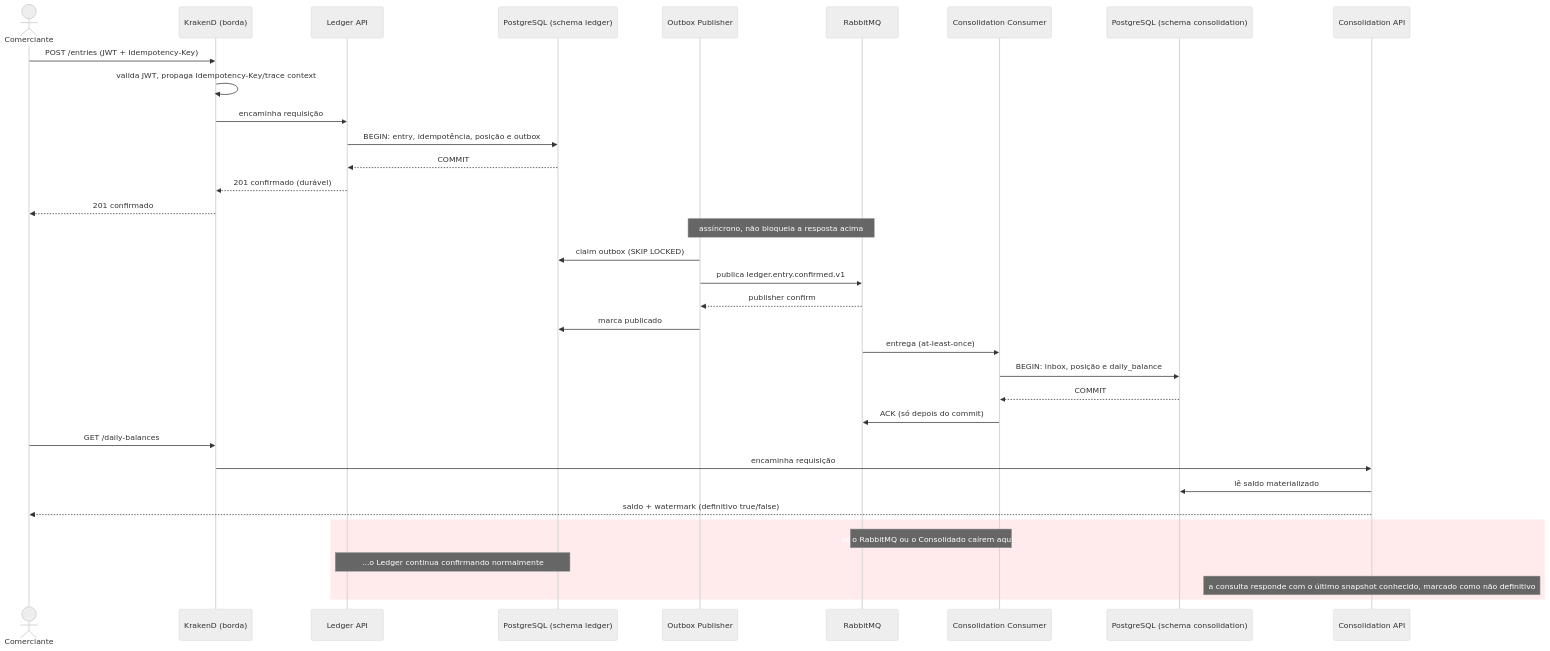
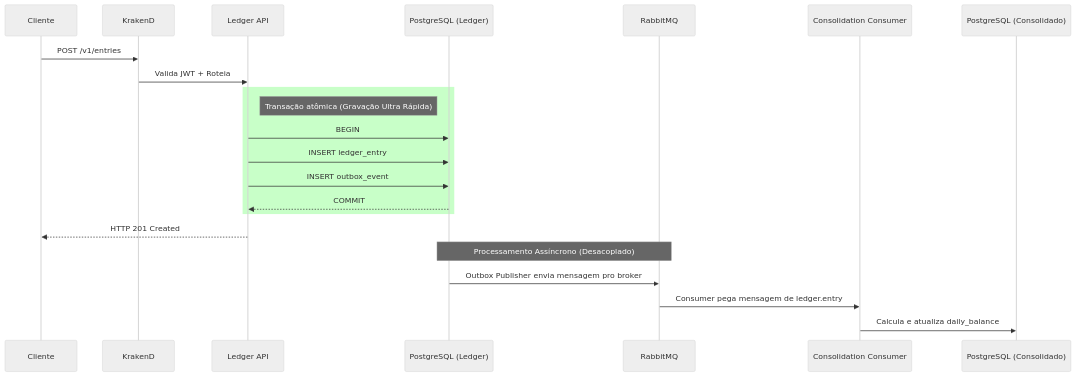
Before and after one commit to higordiego/keyrus: the second of 2 diagrams in docs/arquitetura-alvo.md, drawn with Mermaid (neutral theme). The commit also changed other lines of this file and 1 other file, not shown here.

````diff
--- a/docs/arquitetura-alvo.md
+++ b/docs/arquitetura-alvo.md
@@ -99,42 +76,28 @@
 ```mermaid
 sequenceDiagram
-    actor M as Comerciante
-    participant K as KrakenD (borda)
+    participant C as Cliente
+    participant Edge as KrakenD
     participant L as Ledger API
-    participant DBL as PostgreSQL (schema ledger)
-    participant P as Outbox Publisher
+    participant DB_L as PostgreSQL (Ledger)
     participant MQ as RabbitMQ
-    participant C as Consolidation Consumer
-    participant DBC as PostgreSQL (schema consolidation)
-    participant Q as Consolidation API
+    participant Con as Consolidation Consumer
+    participant DB_C as PostgreSQL (Consolidado)
 
-    M->>K: POST /entries (JWT + Idempotency-Key)
-    K->>K: valida JWT, propaga Idempotency-Key/trace context
-    K->>L: encaminha requisição
-    L->>DBL: BEGIN: entry, idempotência, posição e outbox
-    DBL-->>L: COMMIT
-    L-->>K: 201 confirmado (durável)
-    K-->>M: 201 confirmado
+    C->>Edge: POST /v1/entries
+    Edge->>L: Valida JWT + Roteia
+    
+    rect rgb(200, 255, 200)
+    note right of L: Transação atômica (Gravação Ultra Rápida)
+    L->>DB_L: BEGIN
+    L->>DB_L: INSERT ledger_entry
+    L->>DB_L: INSERT outbox_event
+    DB_L-->>L: COMMIT
+    end
+    
+    L-->>C: HTTP 201 Created
 
-    Note over P,MQ: assíncrono, não bloqueia a resposta acima
-    P->>DBL: claim outbox (SKIP LOCKED)
-    P->>MQ: publica ledger.entry.confirmed.v1
-    MQ-->>P: publisher confirm
-    P->>DBL: marca publicado
-
-    MQ->>C: entrega (at-least-once)
-    C->>DBC: BEGIN: inbox, posição e daily_balance
-    DBC-->>C: COMMIT
-    C->>MQ: ACK (só depois do commit)
-
-    M->>K: GET /daily-balances
-    K->>Q: encaminha requisição
-    Q->>DBC: lê saldo materializado
-    Q-->>M: saldo + watermark (definitivo true/false)
-
-    rect rgb(255, 235, 235)
-    Note over MQ,C: se o RabbitMQ ou o Consolidado caírem aqui...
-    Note over L,DBL: ...o Ledger continua confirmando normalmente
-    Note over Q: a consulta responde com o último snapshot conhecido, marcado como não definitivo
-    end
+    note over MQ, DB_L: Processamento Assíncrono (Desacoplado)
+    DB_L->>MQ: Outbox Publisher envia mensagem pro broker
+    MQ->>Con: Consumer pega mensagem de ledger.entry
+    Con->>DB_C: Calcula e atualiza daily_balance
 ```
````
